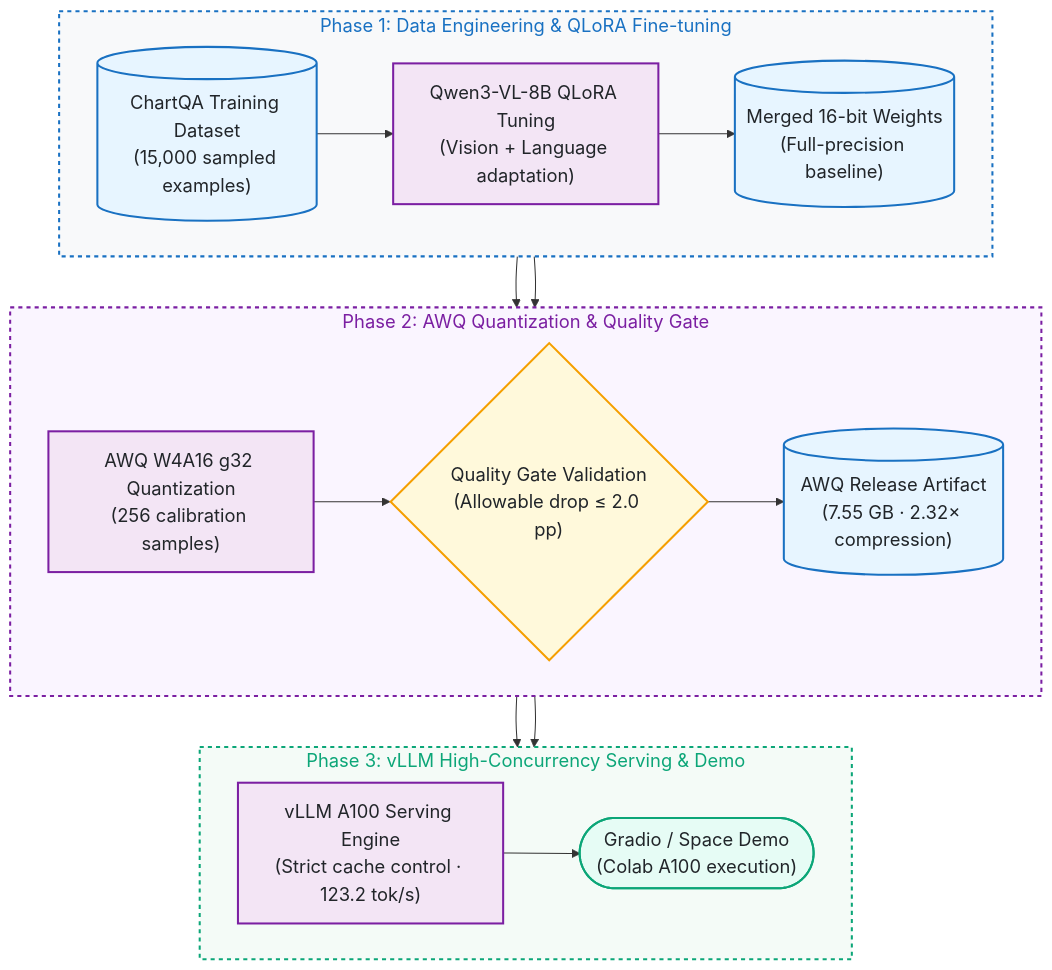
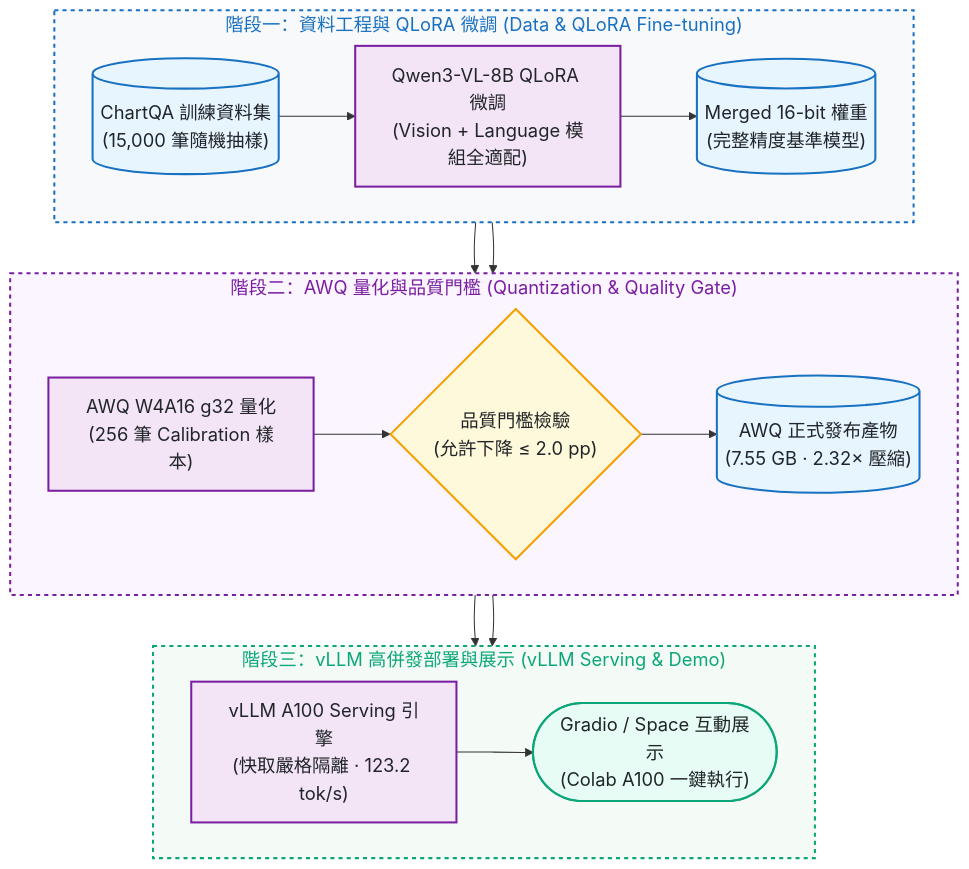
The first of 2 diagrams in README.md (kuotunyu/qwen3-vl-chartqa), drawn with Mermaid before and after one commit. The commit also changed other lines of this file and 3 other files, not shown here.

````diff
--- a/README.md
+++ b/README.md
@@ -24,34 +20,34 @@
 ```mermaid
 %%{init: {'themeVariables': {'fontSize': '18px'}}}%%
 flowchart TD
-    subgraph TrainStage ["Phase 1: Data Engineering & QLoRA Fine-tuning"]
+    subgraph TrainStage ["階段一：資料工程與 QLoRA 微調 (Data & QLoRA Fine-tuning)"]
         direction LR
-        Data[("ChartQA Training Dataset<br/>(15,000 sampled examples)")] --> QLoRA["Qwen3-VL-8B QLoRA Tuning<br/>(Vision + Language adaptation)"] --> Merge[("Merged 16-bit Weights<br/>(Full-precision baseline)")]
+        Data[("ChartQA 訓練資料集<br/>(15,000 筆隨機抽樣)")] --> QLoRA["Qwen3-VL-8B QLoRA 微調<br/>(Vision + Language 模組全適配)"] --> Merge[("Merged 16-bit 權重<br/>(完整精度基準模型)")]
     end
 
-    subgraph QuantStage ["Phase 2: AWQ Quantization & Quality Gate"]
+    subgraph QuantStage ["階段二：AWQ 量化與品質門檻 (Quantization & Quality Gate)"]
         direction LR
-        Merge --> AWQ["AWQ W4A16 g32 Quantization<br/>(256 calibration samples)"] --> Gate{"Quality Gate Validation<br/>(Allowable drop ≤ 2.0 pp)"} --> Passed[("AWQ Release Artifact<br/>(7.55 GB · 2.32× compression)")]
+        Merge --> AWQ["AWQ W4A16 g32 量化<br/>(256 筆 Calibration 樣本)"] --> Gate{"品質門檻檢驗<br/>(允許下降 ≤ 2.0 pp)"} --> Passed[("AWQ 正式發布產物<br/>(7.55 GB · 2.32× 壓縮)")]
     end
 
-    subgraph ServeStage ["Phase 3: vLLM High-Concurrency Serving & Demo"]
+    subgraph ServeStage ["階段三：vLLM 高併發部署與展示 (vLLM Serving & Demo)"]
         direction LR
-        Passed --> vLLM["vLLM A100 Serving Engine<br/>(Strict cache control · 123.2 tok/s)"] --> Demo(["Gradio / Space Demo<br/>(Colab A100 execution)"])
+        Passed --> vLLM["vLLM A100 Serving 引擎<br/>(快取嚴格隔離 · 123.2 tok/s)"] --> Demo(["Gradio / Space 互動展示<br/>(Colab A100 一鍵執行)"])
     end
 
     TrainStage --> QuantStage --> ServeStage
 
     classDef srcStyle fill:#e7f5ff,stroke:#1971c2,stroke-width:2px,color:#212529
     classDef procStyle fill:#f3e5f5,stroke:#7b1fa2,stroke-width:2px,color:#212529
     classDef condStyle fill:#fff9db,stroke:#f59f00,stroke-width:2px,color:#212529
     classDef evalStyle fill:#e6fcf5,stroke:#0ca678,stroke-width:2px,color:#212529
 
     class Data,Merge,Passed srcStyle
     class QLoRA,AWQ,vLLM procStyle
     class Gate condStyle
     class Demo evalStyle
 
     style TrainStage fill:#f8f9fa,stroke:#1971c2,stroke-width:2px,color:#1971c2,stroke-dasharray: 4 4
     style QuantStage fill:#faf5ff,stroke:#7b1fa2,stroke-width:2px,color:#7b1fa2,stroke-dasharray: 4 4
     style ServeStage fill:#f4fbf7,stroke:#0ca678,stroke-width:2px,color:#0ca678,stroke-dasharray: 4 4
 ```
````
